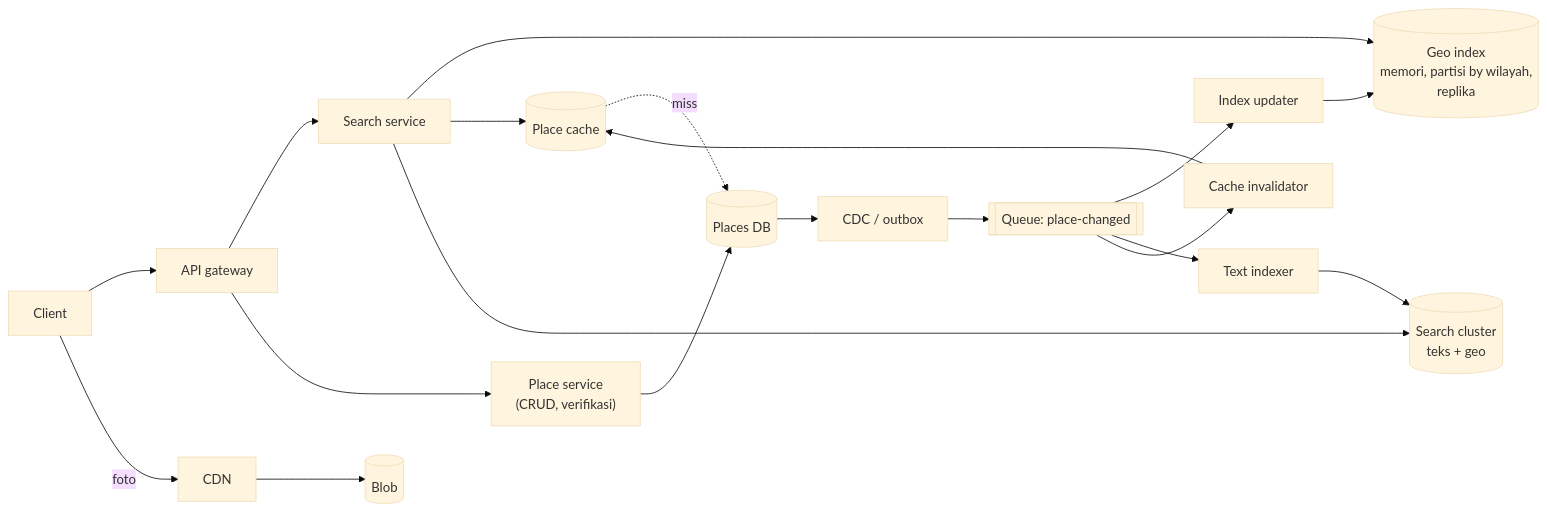
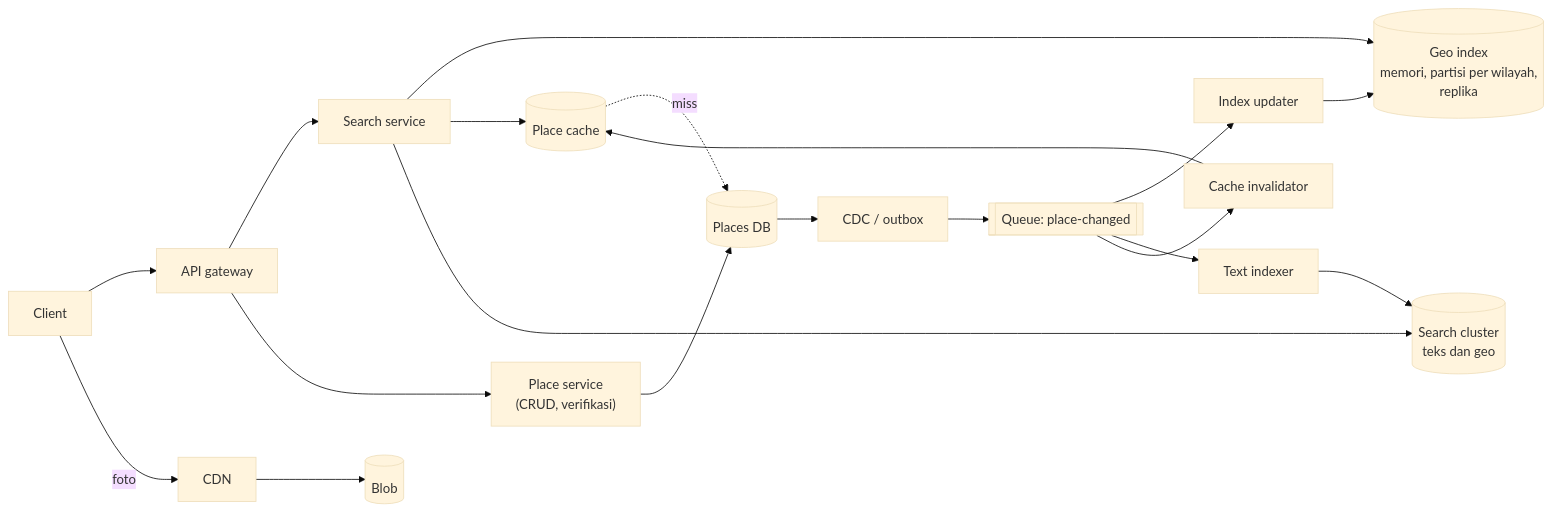
The first of 2 diagrams in src/content/lessons/bagian-3/yelp-proximity.mdx (andreanpradanaa/sysdesign-lab), drawn with Mermaid (base theme) before and after one commit. The commit also changed other lines of this file and 17 other files, not shown here.

````diff
--- a/src/content/lessons/bagian-3/yelp-proximity.mdx
+++ b/src/content/lessons/bagian-3/yelp-proximity.mdx
@@ -145,16 +145,16 @@
 ```mermaid
 flowchart LR
   C[Client] --> GW[API gateway]
   GW --> SS[Search service]
-  SS --> GI[(Geo index\nmemori, partisi by wilayah,\nreplika)]
-  SS --> OC[(Place cache)]
-  OC -. miss .-> PDB[(Places DB)]
-  SS --> TX[(Search cluster\nteks + geo)]
+  SS --> GI[("Geo index\nmemori, partisi per wilayah,\nreplika")]
+  SS --> OC[("Place cache")]
+  OC -. miss .-> PDB[("Places DB")]
+  SS --> TX[("Search cluster\nteks dan geo")]
   GW --> PS["Place service\n(CRUD, verifikasi)"]
   PS --> PDB
-  PDB --> CDC[CDC / outbox] --> Q[[Queue: place-changed]]
+  PDB --> CDC["CDC / outbox"] --> Q[["Queue: place-changed"]]
   Q --> IDX[Index updater] --> GI
   Q --> IDX2[Text indexer] --> TX
   Q --> INV[Cache invalidator] --> OC
-  C -->|foto| CDN[CDN] --> BLOB[(Blob)]
+  C -->|foto| CDN[CDN] --> BLOB[("Blob")]
 ```
````
